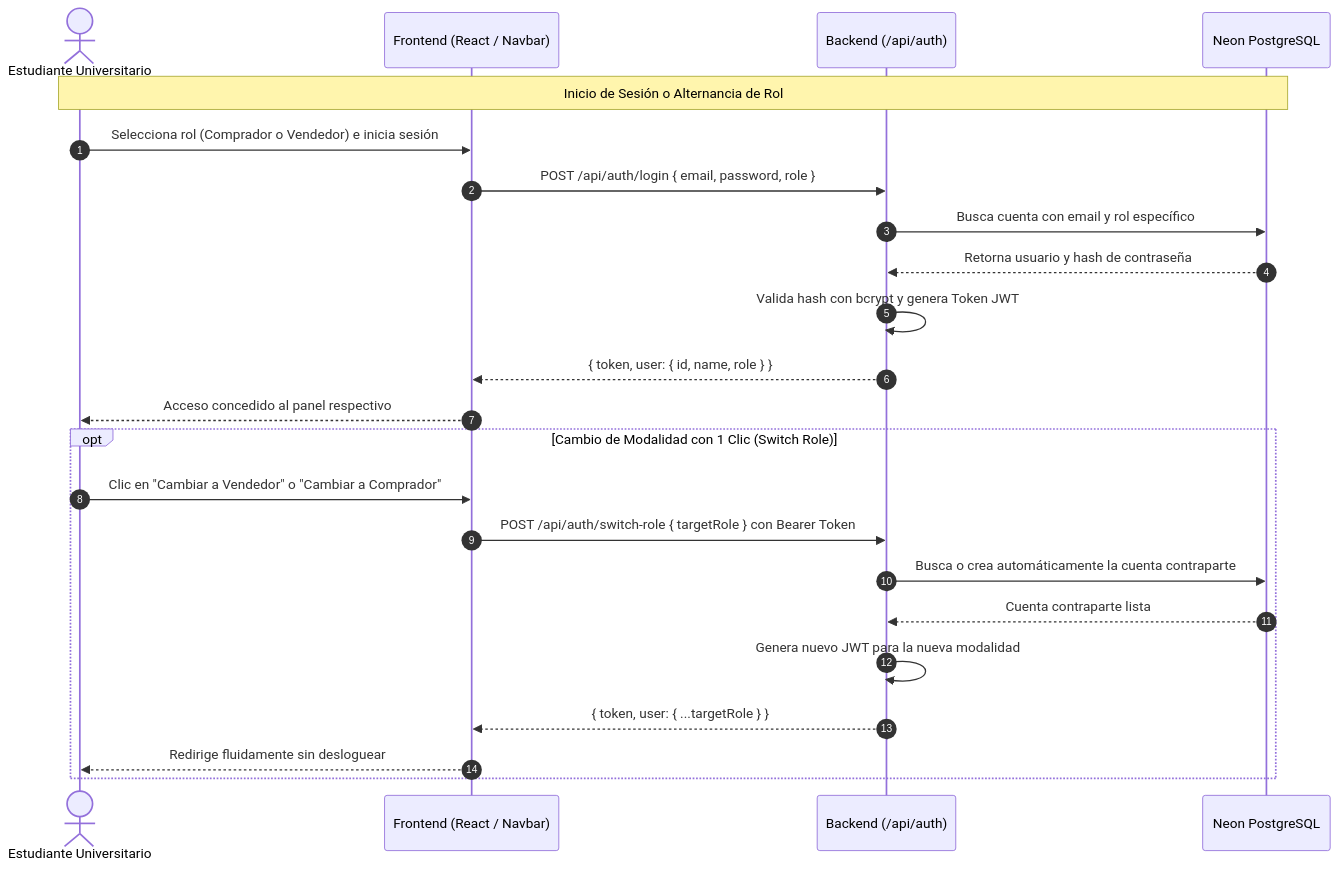
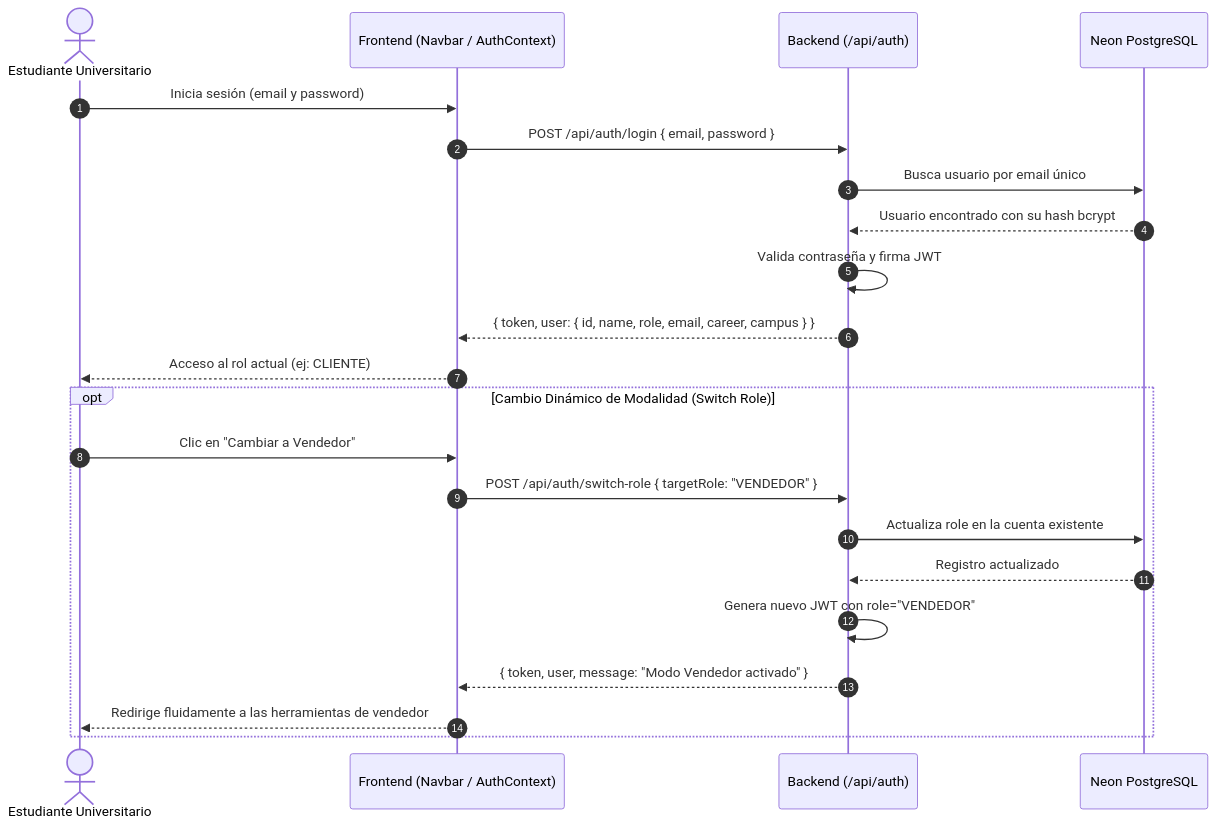
One commit to Richard-zip/ecomerce-backend changed the third of 7 diagrams in README.md. Above: the diagram before and after it, drawn with Mermaid. The commit also changed other lines of this file, not shown here.

Commit message:
Implement feature X to enhance user experience and fix bug Y in module Z

````diff
--- a/README.md
+++ b/README.md
@@ -214,27 +296,26 @@
 ```mermaid
 sequenceDiagram
     autonumber
     actor Estudiante as Estudiante Universitario
-    participant Front as Frontend (React / Navbar)
+    participant Front as Frontend (Navbar / AuthContext)
     participant Back as Backend (/api/auth)
     participant DB as Neon PostgreSQL
 
-    Note over Estudiante,DB: Inicio de Sesión o Alternancia de Rol
-    Estudiante->>Front: Selecciona rol (Comprador o Vendedor) e inicia sesión
-    Front->>Back: POST /api/auth/login { email, password, role }
-    Back->>DB: Busca cuenta con email y rol específico
-    DB-->>Back: Retorna usuario y hash de contraseña
-    Back->>Back: Valida hash con bcrypt y genera Token JWT
-    Back-->>Front: { token, user: { id, name, role } }
-    Front-->>Estudiante: Acceso concedido al panel respectivo
+    Estudiante->>Front: Inicia sesión (email y password)
+    Front->>Back: POST /api/auth/login { email, password }
+    Back->>DB: Busca usuario por email único
+    DB-->>Back: Usuario encontrado con su hash bcrypt
+    Back->>Back: Valida contraseña y firma JWT
+    Back-->>Front: { token, user: { id, name, role, email, career, campus } }
+    Front-->>Estudiante: Acceso al rol actual (ej: CLIENTE)
 
-    opt Cambio de Modalidad con 1 Clic (Switch Role)
-        Estudiante->>Front: Clic en "Cambiar a Vendedor" o "Cambiar a Comprador"
-        Front->>Back: POST /api/auth/switch-role { targetRole } con Bearer Token
-        Back->>DB: Busca o crea automáticamente la cuenta contraparte
-        DB-->>Back: Cuenta contraparte lista
-        Back->>Back: Genera nuevo JWT para la nueva modalidad
-        Back-->>Front: { token, user: { ...targetRole } }
-        Front-->>Estudiante: Redirige fluidamente sin desloguear
+    opt Cambio Dinámico de Modalidad (Switch Role)
+        Estudiante->>Front: Clic en "Cambiar a Vendedor"
+        Front->>Back: POST /api/auth/switch-role { targetRole: "VENDEDOR" }
+        Back->>DB: Actualiza role en la cuenta existente
+        DB-->>Back: Registro actualizado
+        Back->>Back: Genera nuevo JWT con role="VENDEDOR"
+        Back-->>Front: { token, user, message: "Modo Vendedor activado" }
+        Front-->>Estudiante: Redirige fluidamente a las herramientas de vendedor
     end
 ```
````
